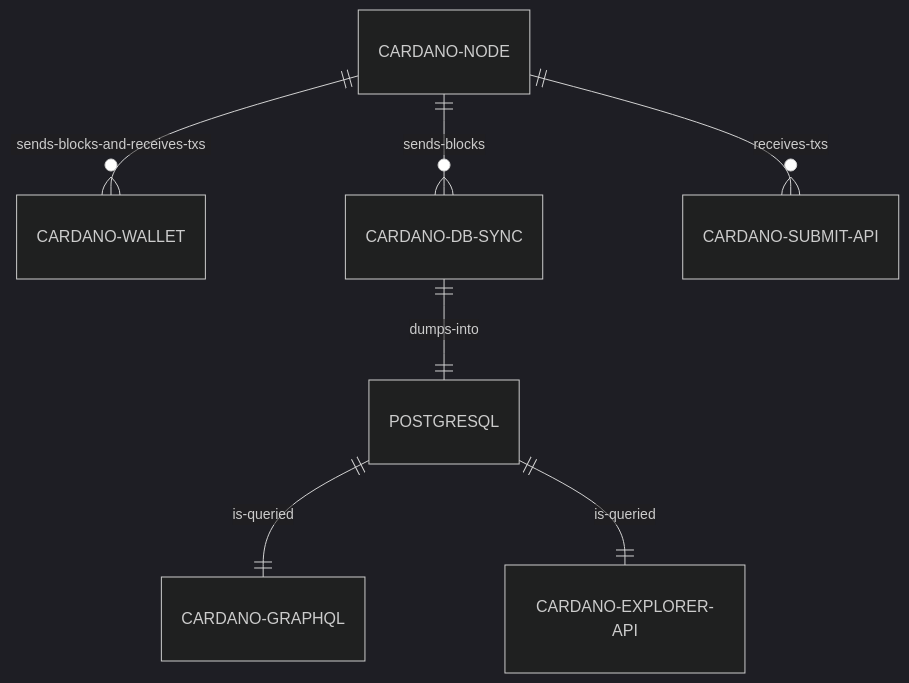
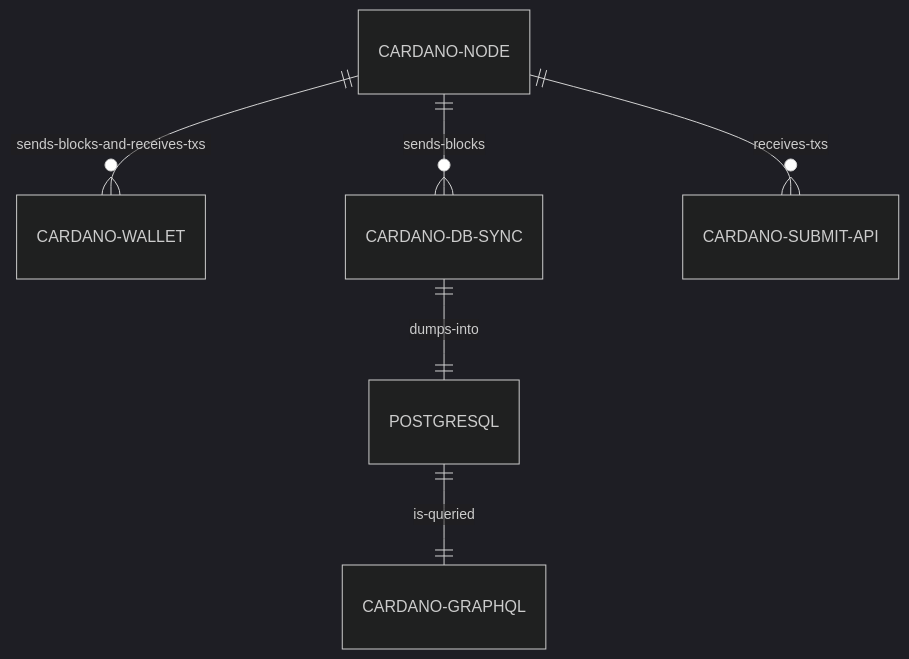
Before and after one commit to input-output-hk/adrestia: the first of 2 diagrams in user-guide/content/docs/architecture.md, drawn with Mermaid (dark theme). The commit also changed other lines of this file, not shown here.

Commit message:
user-guide: Update architecture page a little

```diff
--- a/user-guide/content/docs/architecture.md
+++ b/user-guide/content/docs/architecture.md
@@ -8,12 +8,11 @@
 {{< mermaid >}}
 erDiagram
   CARDANO-NODE ||--o{ CARDANO-WALLET : sends-blocks-and-receives-txs
   CARDANO-NODE ||--o{ CARDANO-DB-SYNC : sends-blocks
   CARDANO-NODE ||--o{ CARDANO-SUBMIT-API : receives-txs
 
   CARDANO-DB-SYNC ||--|| POSTGRESQL : dumps-into
 
   POSTGRESQL ||--|| CARDANO-GRAPHQL : is-queried
-  POSTGRESQL ||--|| CARDANO-EXPLORER-API : is-queried
 
 {{< /mermaid >}}
```
